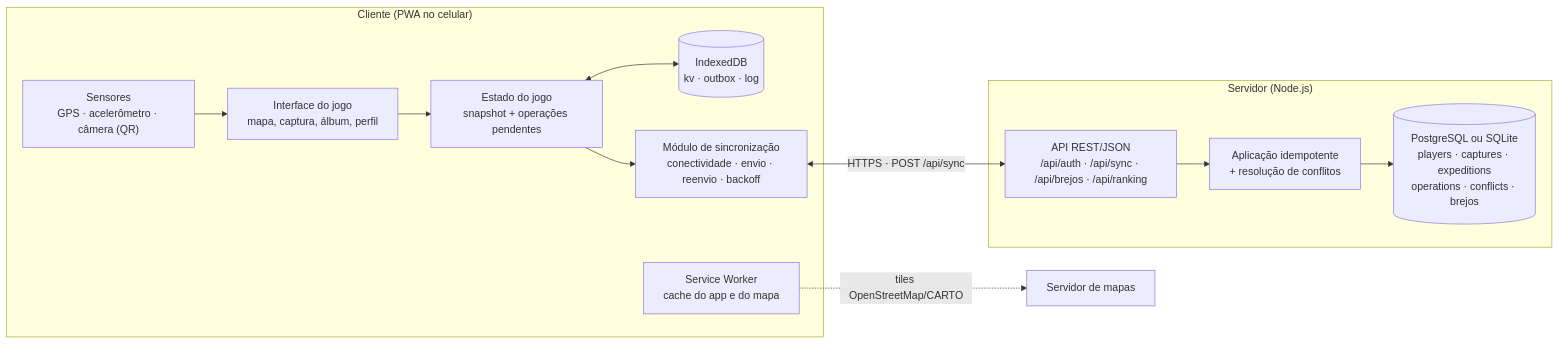
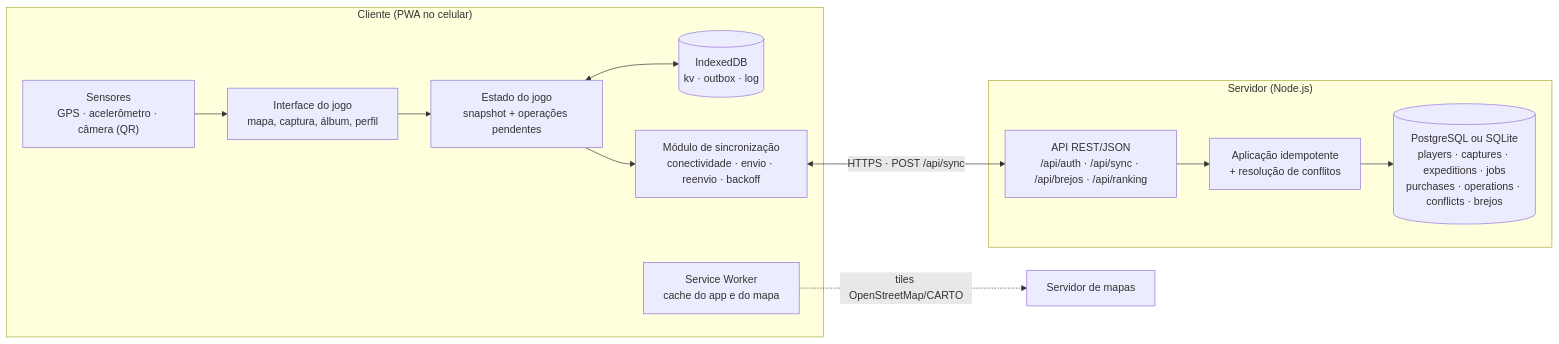
One commit to AugustoSalvego/pererecario changed the first of 2 diagrams in docs/RELATORIO.md. Above: the diagram before and after it, drawn with Mermaid. The commit also changed other lines of this file and 84 other files, not shown here.

````diff
--- a/docs/RELATORIO.md
+++ b/docs/RELATORIO.md
@@ -35,23 +39,23 @@
 ```mermaid
 flowchart LR
   subgraph Celular["Cliente (PWA no celular)"]
     UI["Interface do jogo<br/>mapa, captura, álbum, perfil"]
     SENS["Sensores<br/>GPS · acelerômetro · câmera (QR)"]
     STORE["Estado do jogo<br/>snapshot + operações pendentes"]
     IDB[("IndexedDB<br/>kv · outbox · log")]
     SW["Service Worker<br/>cache do app e do mapa"]
     SYNC["Módulo de sincronização<br/>conectividade · envio · reenvio · backoff"]
     UI --> STORE
     SENS --> UI
     STORE <--> IDB
     STORE --> SYNC
   end
   subgraph Nuvem["Servidor (Node.js)"]
     API["API REST/JSON<br/>/api/auth · /api/sync · /api/brejos · /api/ranking"]
     APPLY["Aplicação idempotente<br/>+ resolução de conflitos"]
-    DB[("PostgreSQL ou SQLite<br/>players · captures · expeditions<br/>operations · conflicts · brejos")]
+    DB[("PostgreSQL ou SQLite<br/>players · captures · expeditions · jobs<br/>purchases · operations · conflicts · brejos")]
     API --> APPLY --> DB
   end
   SYNC <-->|"HTTPS · POST /api/sync"| API
   SW -.->|"tiles OpenStreetMap/CARTO"| TILES["Servidor de mapas"]
 ```
````
